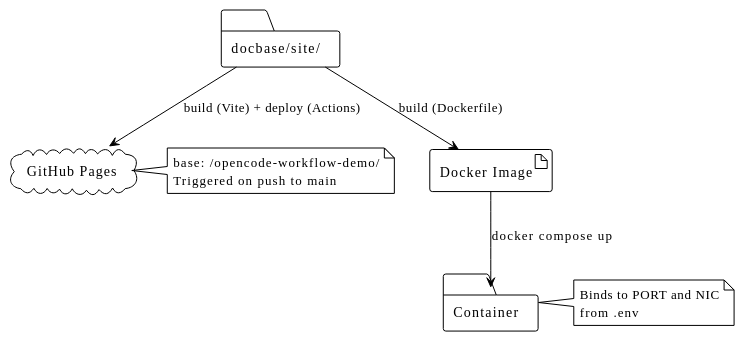
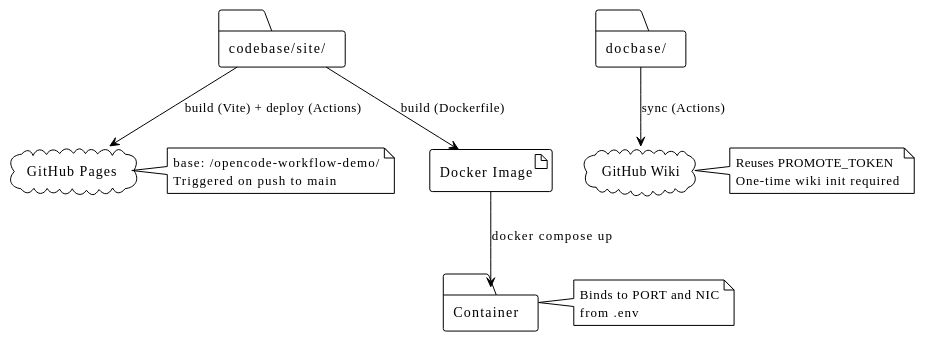
Before and after one commit to Mcc-Mak/opencode-workflow-demo: the fourth of 4 diagrams in docbase/docs/Architecture.md, drawn with PlantUML. The commit also changed other lines of this file and 29 other files, not shown here.

First line of the commit message:
feat: deploy codebase to Pages, docbase to Wiki (0.4.0)

````diff
--- a/docbase/docs/Architecture.md
+++ b/docbase/docs/Architecture.md
@@ -101,24 +101,32 @@
 ```plantuml
 @startuml
 !theme plain
 
 artifact "Docker Image" as image
 folder "Container" as container
 cloud "GitHub Pages" as pages
-folder "docbase/site/" as source
+cloud "GitHub Wiki" as wiki
+folder "codebase/site/" as source
+folder "docbase/" as docs
 
 source --> image : build (Dockerfile)
 image --> container : docker compose up
 source --> pages : build (Vite) + deploy (Actions)
+docs --> wiki : sync (Actions)
 
 note right of container
   Binds to PORT and NIC
   from .env
 end note
 
 note right of pages
   base: /opencode-workflow-demo/
   Triggered on push to main
 end note
+
+note right of wiki
+  Reuses PROMOTE_TOKEN
+  One-time wiki init required
+end note
 @enduml
 ```
````
